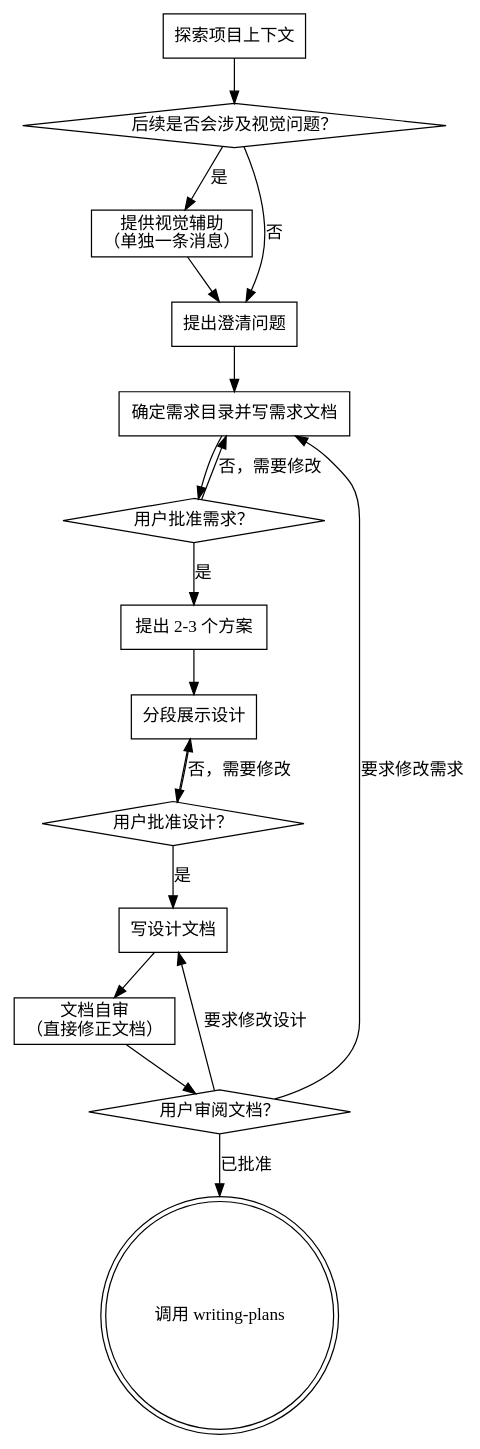
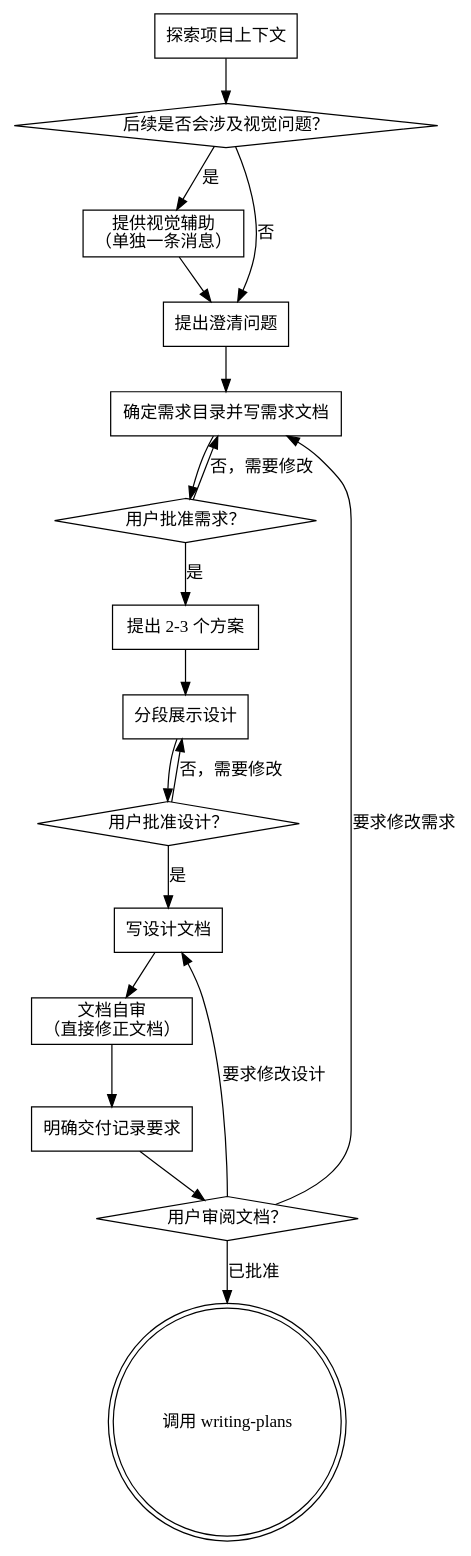
Before and after one commit to Solonggg/ai-hub: the diagram in skills/superpowers/brainstorming/SKILL.md, drawn with Graphviz. The commit also changed other lines of this file and 39 other files, not shown here.

````diff
--- a/skills/superpowers/brainstorming/SKILL.md
+++ b/skills/superpowers/brainstorming/SKILL.md
@@ -37,35 +38,37 @@
 ```dot
 digraph brainstorming {
     "探索项目上下文" [shape=box];
     "后续是否会涉及视觉问题？" [shape=diamond];
     "提供视觉辅助\n（单独一条消息）" [shape=box];
     "提出澄清问题" [shape=box];
     "确定需求目录并写需求文档" [shape=box];
     "用户批准需求？" [shape=diamond];
     "提出 2-3 个方案" [shape=box];
     "分段展示设计" [shape=box];
     "用户批准设计？" [shape=diamond];
     "写设计文档" [shape=box];
     "文档自审\n（直接修正文档）" [shape=box];
+    "明确交付记录要求" [shape=box];
     "用户审阅文档？" [shape=diamond];
     "调用 writing-plans" [shape=doublecircle];
 
     "探索项目上下文" -> "后续是否会涉及视觉问题？";
     "后续是否会涉及视觉问题？" -> "提供视觉辅助\n（单独一条消息）" [label="是"];
     "后续是否会涉及视觉问题？" -> "提出澄清问题" [label="否"];
     "提供视觉辅助\n（单独一条消息）" -> "提出澄清问题";
     "提出澄清问题" -> "确定需求目录并写需求文档";
     "确定需求目录并写需求文档" -> "用户批准需求？";
     "用户批准需求？" -> "确定需求目录并写需求文档" [label="否，需要修改"];
     "用户批准需求？" -> "提出 2-3 个方案" [label="是"];
     "提出 2-3 个方案" -> "分段展示设计";
     "分段展示设计" -> "用户批准设计？";
     "用户批准设计？" -> "分段展示设计" [label="否，需要修改"];
     "用户批准设计？" -> "写设计文档" [label="是"];
     "写设计文档" -> "文档自审\n（直接修正文档）";
-    "文档自审\n（直接修正文档）" -> "用户审阅文档？";
+    "文档自审\n（直接修正文档）" -> "明确交付记录要求";
+    "明确交付记录要求" -> "用户审阅文档？";
     "用户审阅文档？" -> "确定需求目录并写需求文档" [label="要求修改需求"];
     "用户审阅文档？" -> "写设计文档" [label="要求修改设计"];
     "用户审阅文档？" -> "调用 writing-plans" [label="已批准"];
 }
 ```
````
